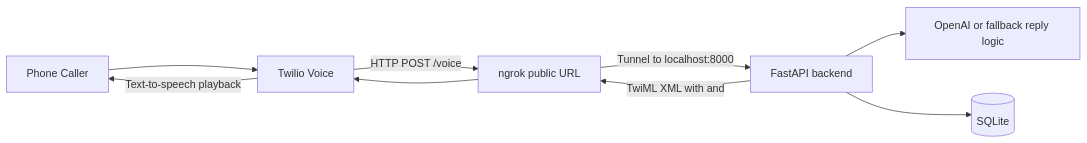
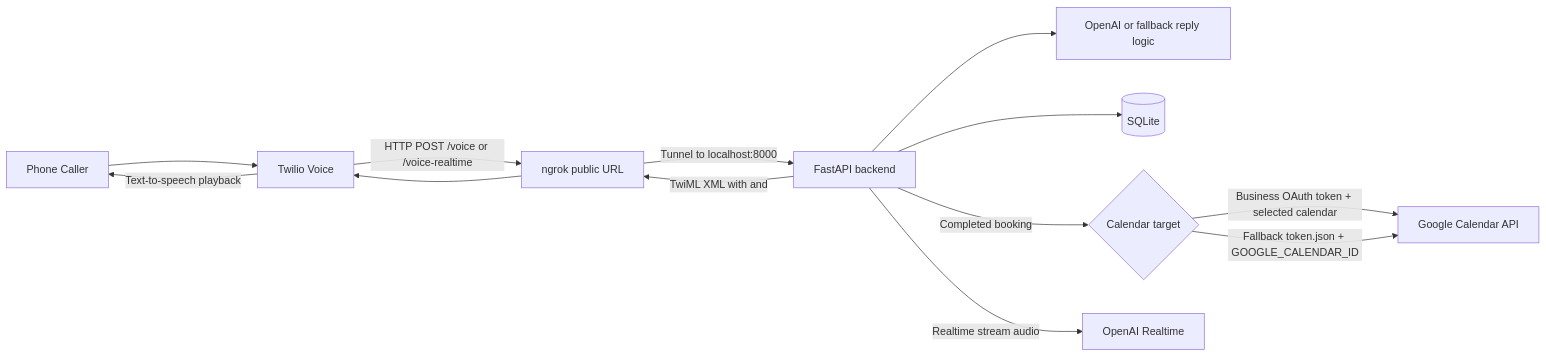
Before and after one commit to viplavfauzdar/ai_receptionist: the diagram in README.md, drawn with Mermaid. The commit also changed other lines of this file and 5 other files, not shown here.

Commit message:
Update realtime voice flow docs and hangup handling

````diff
--- a/README.md
+++ b/README.md
@@ -40,11 +40,15 @@
 ```mermaid
 flowchart LR
     Caller[Phone Caller] --> Twilio[Twilio Voice]
-    Twilio -->|HTTP POST /voice| Ngrok[ngrok public URL]
+    Twilio -->|HTTP POST /voice or /voice-realtime| Ngrok[ngrok public URL]
     Ngrok -->|Tunnel to localhost:8000| FastAPI[FastAPI backend]
     FastAPI --> AI[OpenAI or fallback reply logic]
     FastAPI --> DB[(SQLite)]
+    FastAPI -->|Completed booking| Calendar{Calendar target}
+    Calendar -->|Business OAuth token + selected calendar| GoogleCalendar[Google Calendar API]
+    Calendar -->|Fallback token.json + GOOGLE_CALENDAR_ID| GoogleCalendar
     FastAPI -->|TwiML XML with <Say> and <Gather>| Ngrok
+    FastAPI -->|Realtime stream audio| OpenAIRealtime[OpenAI Realtime]
     Ngrok --> Twilio
     Twilio -->|Text-to-speech playback| Caller
 ```
````
